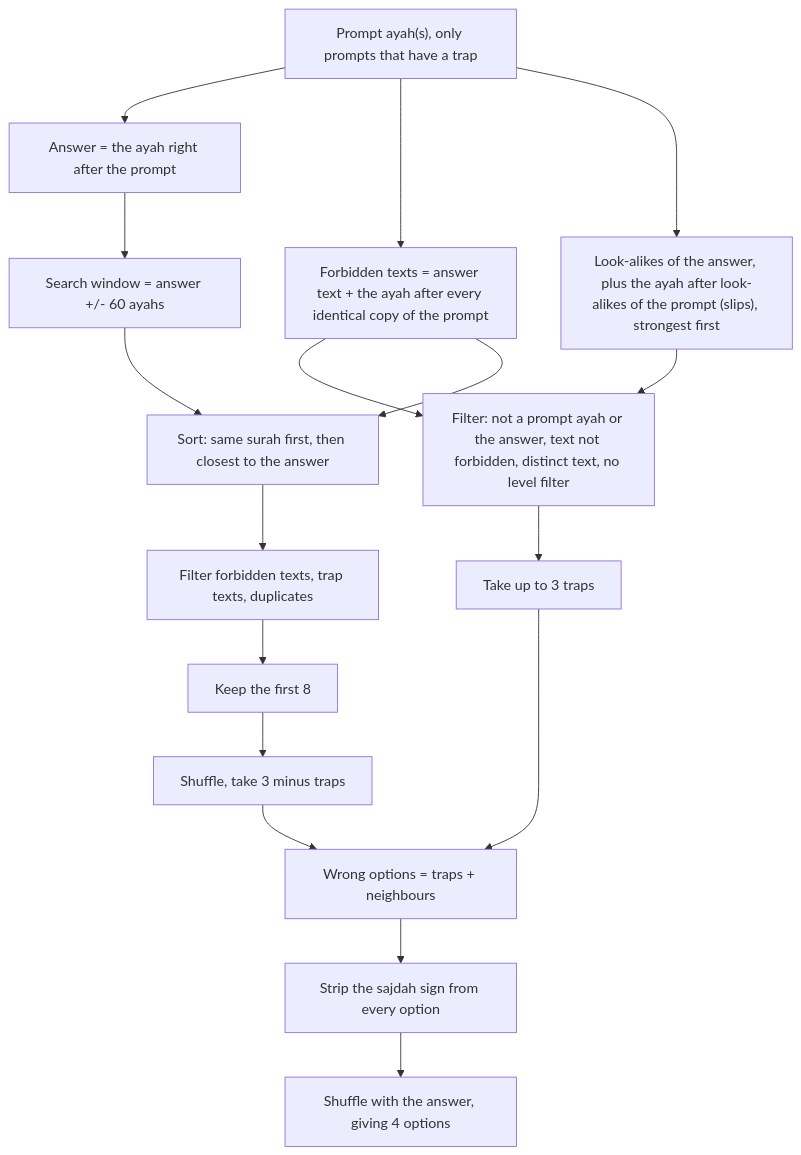
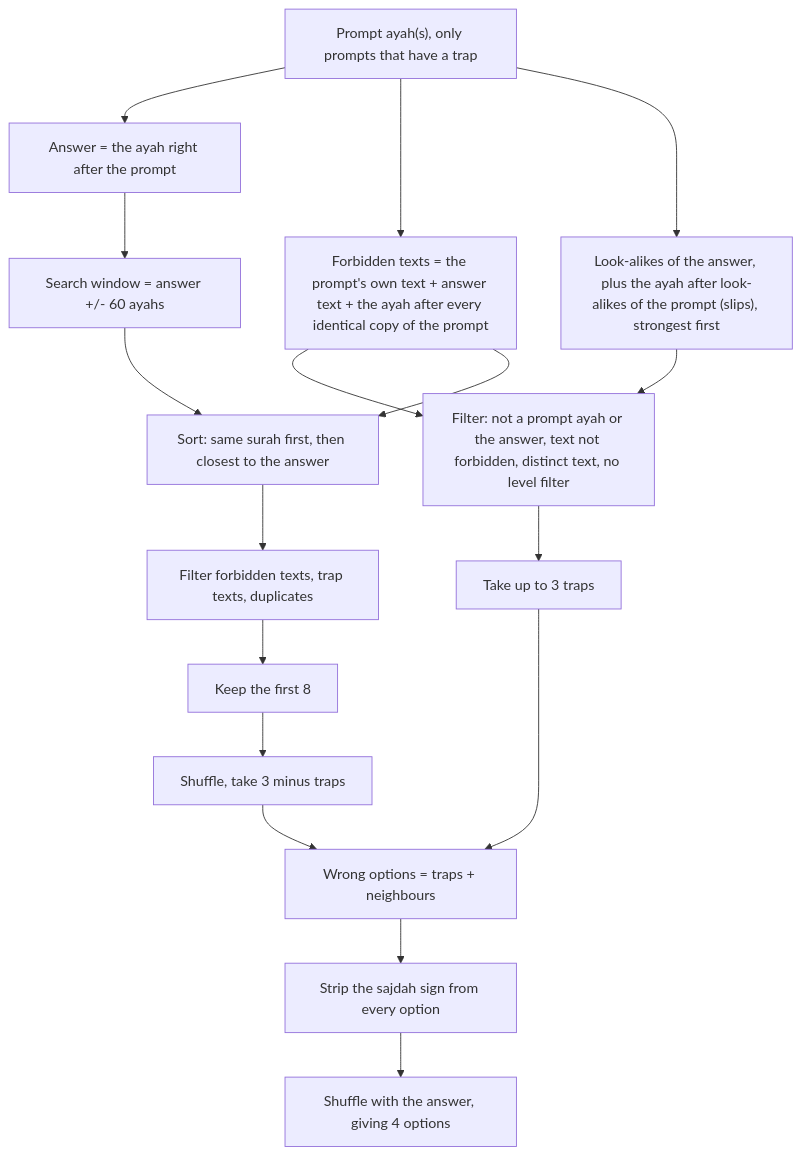
Before and after one commit to suft/hafiz: the fifth of 6 diagrams in ALGORITHMS.md, drawn with Mermaid. The commit also changed other lines of this file and 3 other files, not shown here.

````diff
--- a/ALGORITHMS.md
+++ b/ALGORITHMS.md
@@ -108,19 +110,19 @@
 ```mermaid
 flowchart TD
     P["Prompt ayah(s), only prompts that have a trap"] --> A["Answer = the ayah right after the prompt"]
-    P --> V["Forbidden texts = answer text + the ayah after every identical copy of the prompt"]
+    P --> V["Forbidden texts = the prompt's own text + answer text + the ayah after every identical copy of the prompt"]
     P --> T["Look-alikes of the answer, plus the ayah after look-alikes of the prompt (slips), strongest first"]
     V --> F["Filter: not a prompt ayah or the answer, text not forbidden, distinct text, no level filter"]
     T --> F
     F --> T2["Take up to 3 traps"]
     A --> R["Search window = answer +/- 60 ayahs"]
     R --> S["Sort: same surah first, then closest to the answer"]
     V --> S
     S --> S1["Filter forbidden texts, trap texts, duplicates"]
     S1 --> S2["Keep the first 8"]
     S2 --> S3["Shuffle, take 3 minus traps"]
     T2 --> W["Wrong options = traps + neighbours"]
     S3 --> W
     W --> X["Strip the sajdah sign from every option"]
     X --> Y["Shuffle with the answer, giving 4 options"]
 ```
````
